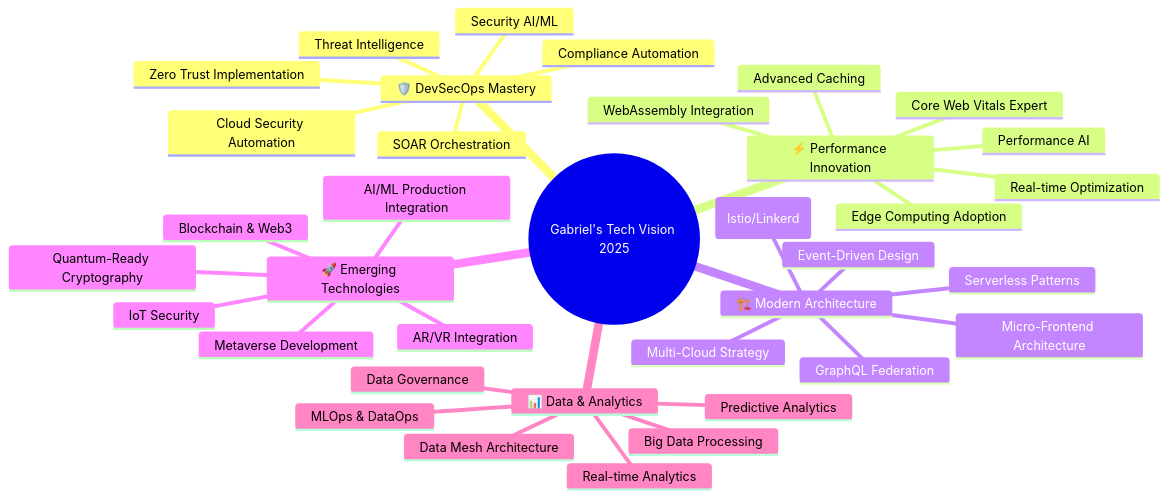
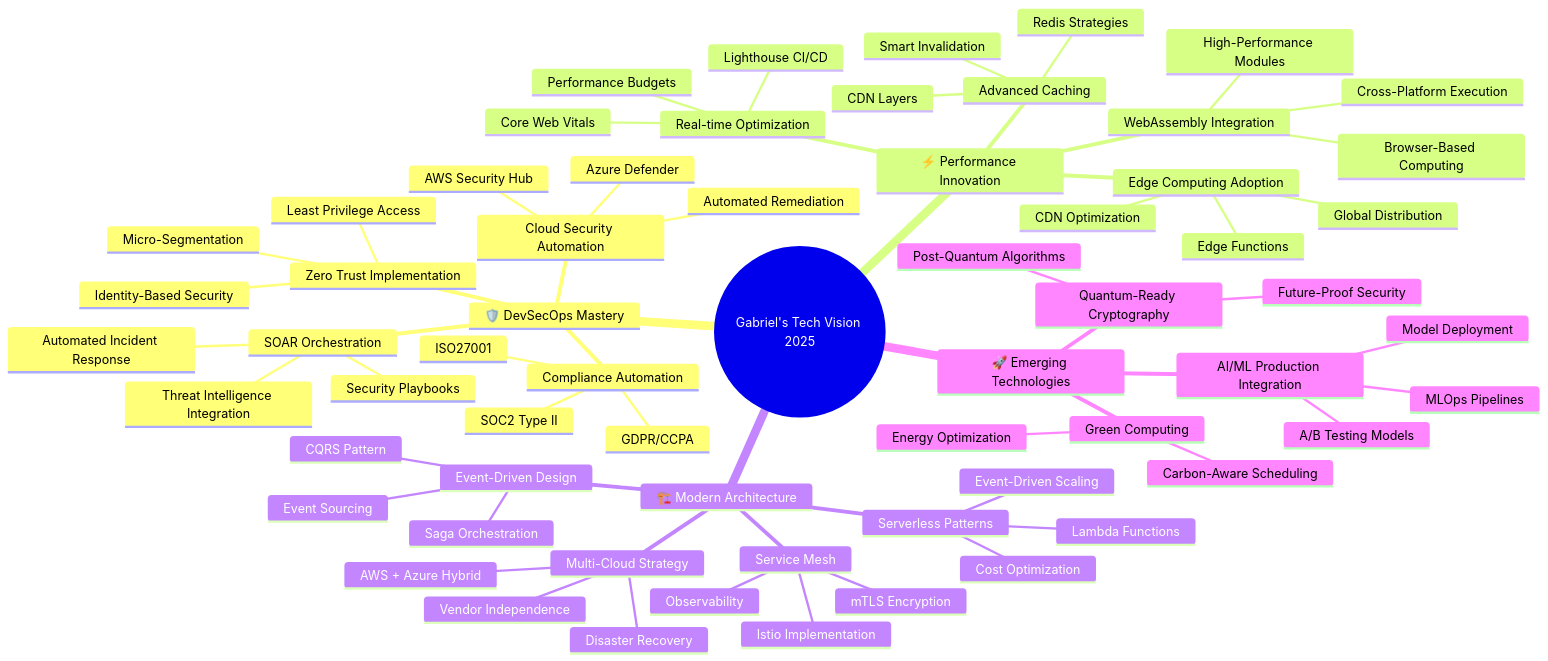
One commit to glferreira-devsecops/glferreira-devsecops changed the third of 5 diagrams in README.md. Above: the diagram before and after it, drawn with Mermaid. The commit also changed other lines of this file, not shown here.

````diff
--- a/README.md
+++ b/README.md
@@ -764,39 +947,66 @@
 ```mermaid
 mindmap
   root((Gabriel's Tech Vision 2025))
     🛡️ DevSecOps Mastery
       Cloud Security Automation
+        AWS Security Hub
+        Azure Defender
+        Automated Remediation
       Zero Trust Implementation
+        Identity-Based Security
+        Micro-Segmentation
+        Least Privilege Access
       SOAR Orchestration
+        Automated Incident Response
+        Security Playbooks
+        Threat Intelligence Integration
       Compliance Automation
-      Threat Intelligence
-      Security AI/ML
+        SOC2 Type II
+        ISO27001
+        GDPR/CCPA
     ⚡ Performance Innovation
       Edge Computing Adoption
+        CDN Optimization
+        Edge Functions
+        Global Distribution
       WebAssembly Integration
+        High-Performance Modules
+        Browser-Based Computing
+        Cross-Platform Execution
       Advanced Caching
+        Redis Strategies
+        CDN Layers
+        Smart Invalidation
       Real-time Optimization
-      Performance AI
-      Core Web Vitals Expert
+        Lighthouse CI/CD
+        Core Web Vitals
+        Performance Budgets
     🏗️ Modern Architecture
       Event-Driven Design
+        Event Sourcing
+        CQRS Pattern
+        Saga Orchestration
       Serverless Patterns
+        Lambda Functions
+        Event-Driven Scaling
+        Cost Optimization
       Multi-Cloud Strategy
-      Service Mesh (Istio/Linkerd)
-      GraphQL Federation
-      Micro-Frontend Architecture
+        AWS + Azure Hybrid
+        Disaster Recovery
+        Vendor Independence
+      Service Mesh
+        Istio Implementation
+        mTLS Encryption
+        Observability
     🚀 Emerging Technologies
       AI/ML Production Integration
-      Blockchain & Web3
-      IoT Security
+        Model Deployment
+        MLOps Pipelines
+        A/B Testing Models
       Quantum-Ready Cryptography
-      Metaverse Development
-      AR/VR Integration
-    📊 Data & Analytics
-      Real-time Analytics
-      Big Data Processing
-      MLOps & DataOps
-      Data Governance
-      Predictive Analytics
-      Data Mesh Architecture
+        Post-Quantum Algorithms
+        Future-Proof Security
+      Green Computing
+        Carbon-Aware Scheduling
+        Energy Optimization
 ```
````
